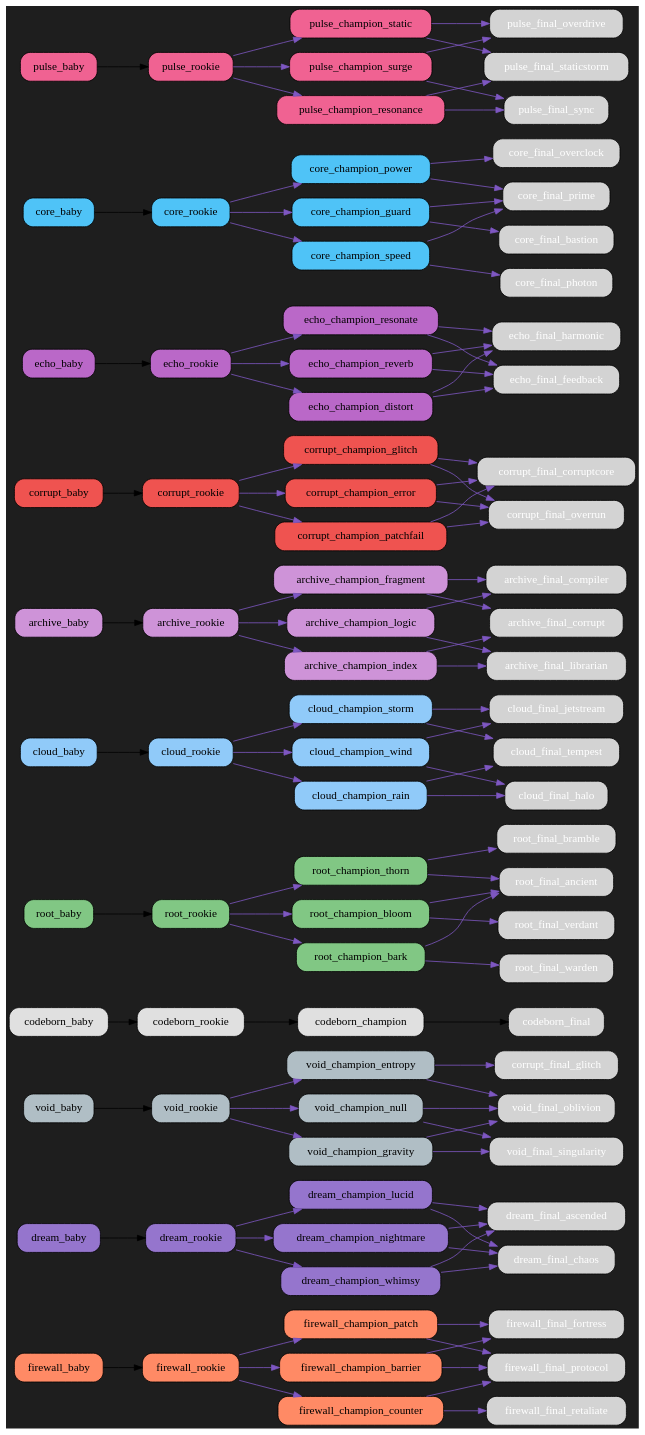
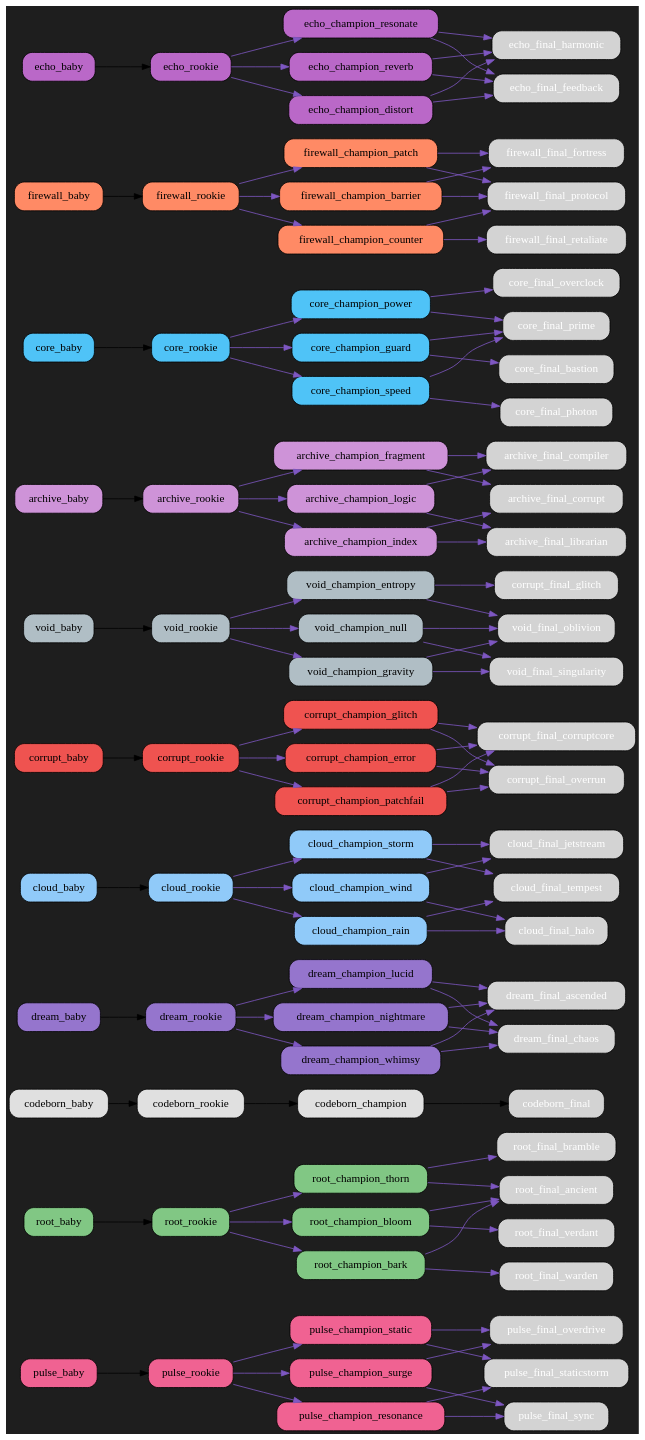
Before and after one commit to bwlight/NetGrid: the diagram in src/netgrid/systems/evolution/graphs/dark/evolution_graph_dark.dot, drawn with Graphviz. The commit also changed other lines of this file and 9 other files, not shown here.

Commit message:
Auto-update evolution graphs

```diff
--- a/src/netgrid/systems/evolution/graphs/dark/evolution_graph_dark.dot
+++ b/src/netgrid/systems/evolution/graphs/dark/evolution_graph_dark.dot
@@ -2,6 +2,132 @@
   rankdir=LR;
   bgcolor="#1e1e1e";
   node [shape=box, style="rounded,filled", fontcolor="white"];
+  "pulse_baby" [fillcolor="#f06292", fontcolor="black"];
+  "pulse_baby" -> "pulse_rookie";
+  "pulse_rookie" [fillcolor="#f06292", fontcolor="black"];
+  "pulse_rookie" -> "pulse_champion_surge" [color="#7e57c2"];
+  "pulse_rookie" -> "pulse_champion_resonance" [color="#7e57c2"];
+  "pulse_rookie" -> "pulse_champion_static" [color="#7e57c2"];
+  "pulse_champion_surge" [fillcolor="#f06292", fontcolor="black"];
+  "pulse_champion_surge" -> "pulse_final_overdrive" [color="#7e57c2"];
+  "pulse_champion_surge" -> "pulse_final_sync" [color="#7e57c2"];
+  "pulse_champion_resonance" [fillcolor="#f06292", fontcolor="black"];
+  "pulse_champion_resonance" -> "pulse_final_sync" [color="#7e57c2"];
+  "pulse_champion_resonance" -> "pulse_final_staticstorm" [color="#7e57c2"];
+  "pulse_champion_static" [fillcolor="#f06292", fontcolor="black"];
+  "pulse_champion_static" -> "pulse_final_staticstorm" [color="#7e57c2"];
+  "pulse_champion_static" -> "pulse_final_overdrive" [color="#7e57c2"];
+  "root_baby" [fillcolor="#81c784", fontcolor="black"];
+  "root_baby" -> "root_rookie";
+  "root_rookie" [fillcolor="#81c784", fontcolor="black"];
+  "root_rookie" -> "root_champion_thorn" [color="#7e57c2"];
+  "root_rookie" -> "root_champion_bloom" [color="#7e57c2"];
+  "root_rookie" -> "root_champion_bark" [color="#7e57c2"];
+  "root_champion_thorn" [fillcolor="#81c784", fontcolor="black"];
+  "root_champion_thorn" -> "root_final_bramble" [color="#7e57c2"];
+  "root_champion_thorn" -> "root_final_ancient" [color="#7e57c2"];
+  "root_champion_bloom" [fillcolor="#81c784", fontcolor="black"];
+  "root_champion_bloom" -> "root_final_ancient" [color="#7e57c2"];
+  "root_champion_bloom" -> "root_final_verdant" [color="#7e57c2"];
+  "root_champion_bark" [fillcolor="#81c784", fontcolor="black"];
+  "root_champion_bark" -> "root_final_warden" [color="#7e57c2"];
+  "root_champion_bark" -> "root_final_ancient" [color="#7e57c2"];
+  "codeborn_baby" [fillcolor="#e0e0e0", fontcolor="black"];
+  "codeborn_baby" -> "codeborn_rookie";
+  "codeborn_rookie" [fillcolor="#e0e0e0", fontcolor="black"];
+  "codeborn_rookie" -> "codeborn_champion";
+  "codeborn_champion" [fillcolor="#e0e0e0", fontcolor="black"];
+  "codeborn_champion" -> "codeborn_final";
+  "dream_baby" [fillcolor="#9575cd", fontcolor="black"];
+  "dream_baby" -> "dream_rookie";
+  "dream_rookie" [fillcolor="#9575cd", fontcolor="black"];
+  "dream_rookie" -> "dream_champion_lucid" [color="#7e57c2"];
+  "dream_rookie" -> "dream_champion_nightmare" [color="#7e57c2"];
+  "dream_rookie" -> "dream_champion_whimsy" [color="#7e57c2"];
+  "dream_champion_lucid" [fillcolor="#9575cd", fontcolor="black"];
+  "dream_champion_lucid" -> "dream_final_ascended" [color="#7e57c2"];
+  "dream_champion_lucid" -> "dream_final_chaos" [color="#7e57c2"];
+  "dream_champion_nightmare" [fillcolor="#9575cd", fontcolor="black"];
+  "dream_champion_nightmare" -> "dream_final_chaos" [color="#7e57c2"];
+  "dream_champion_nightmare" -> "dream_final_ascended" [color="#7e57c2"];
+  "dream_champion_whimsy" [fillcolor="#9575cd", fontcolor="black"];
+  "dream_champion_whimsy" -> "dream_final_ascended" [color="#7e57c2"];
+  "dream_champion_whimsy" -> "dream_final_chaos" [color="#7e57c2"];
+  "cloud_baby" [fillcolor="#90caf9", fontcolor="black"];
+  "cloud_baby" -> "cloud_rookie";
+  "cloud_rookie" [fillcolor="#90caf9", fontcolor="black"];
+  "cloud_rookie" -> "cloud_champion_wind" [color="#7e57c2"];
+  "cloud_rookie" -> "cloud_champion_rain" [color="#7e57c2"];
+  "cloud_rookie" -> "cloud_champion_storm" [color="#7e57c2"];
+  "cloud_champion_wind" [fillcolor="#90caf9", fontcolor="black"];
+  "cloud_champion_wind" -> "cloud_final_jetstream" [color="#7e57c2"];
+  "cloud_champion_wind" -> "cloud_final_halo" [color="#7e57c2"];
+  "cloud_champion_rain" [fillcolor="#90caf9", fontcolor="black"];
+  "cloud_champion_rain" -> "cloud_final_halo" [color="#7e57c2"];
+  "cloud_champion_rain" -> "cloud_final_tempest" [color="#7e57c2"];
+  "cloud_champion_storm" [fillcolor="#90caf9", fontcolor="black"];
+  "cloud_champion_storm" -> "cloud_final_tempest" [color="#7e57c2"];
+  "cloud_champion_storm" -> "cloud_final_jetstream" [color="#7e57c2"];
+  "corrupt_baby" [fillcolor="#ef5350", fontcolor="black"];
+  "corrupt_baby" -> "corrupt_rookie";
+  "corrupt_rookie" [fillcolor="#ef5350", fontcolor="black"];
+  "corrupt_rookie" -> "corrupt_champion_glitch" [color="#7e57c2"];
+  "corrupt_rookie" -> "corrupt_champion_error" [color="#7e57c2"];
+  "corrupt_rookie" -> "corrupt_champion_patchfail" [color="#7e57c2"];
+  "corrupt_champion_glitch" [fillcolor="#ef5350", fontcolor="black"];
+  "corrupt_champion_glitch" -> "corrupt_final_corruptcore" [color="#7e57c2"];
+  "corrupt_champion_glitch" -> "corrupt_final_overrun" [color="#7e57c2"];
+  "corrupt_champion_error" [fillcolor="#ef5350", fontcolor="black"];
+  "corrupt_champion_error" -> "corrupt_final_overrun" [color="#7e57c2"];
+  "corrupt_champion_error" -> "corrupt_final_corruptcore" [color="#7e57c2"];
+  "corrupt_champion_patchfail" [fillcolor="#ef5350", fontcolor="black"];
+  "corrupt_champion_patchfail" -> "corrupt_final_corruptcore" [color="#7e57c2"];
+  "corrupt_champion_patchfail" -> "corrupt_final_overrun" [color="#7e57c2"];
+  "void_baby" [fillcolor="#b0bec5", fontcolor="black"];
+  "void_baby" -> "void_rookie";
+  "void_rookie" [fillcolor="#b0bec5", fontcolor="black"];
+  "void_rookie" -> "void_champion_entropy" [color="#7e57c2"];
+  "void_rookie" -> "void_champion_gravity" [color="#7e57c2"];
+  "void_rookie" -> "void_champion_null" [color="#7e57c2"];
+  "void_champion_entropy" [fillcolor="#b0bec5", fontcolor="black"];
+  "void_champion_entropy" -> "corrupt_final_glitch" [color="#7e57c2"];
+  "void_champion_entropy" -> "void_final_oblivion" [color="#7e57c2"];
+  "void_champion_gravity" [fillcolor="#b0bec5", fontcolor="black"];
+  "void_champion_gravity" -> "void_final_singularity" [color="#7e57c2"];
+  "void_champion_gravity" -> "void_final_oblivion" [color="#7e57c2"];
+  "void_champion_null" [fillcolor="#b0bec5", fontcolor="black"];
+  "void_champion_null" -> "void_final_oblivion" [color="#7e57c2"];
+  "void_champion_null" -> "void_final_singularity" [color="#7e57c2"];
+  "archive_baby" [fillcolor="#ce93d8", fontcolor="black"];
+  "archive_baby" -> "archive_rookie";
+  "archive_rookie" [fillcolor="#ce93d8", fontcolor="black"];
+  "archive_rookie" -> "archive_champion_logic" [color="#7e57c2"];
+  "archive_rookie" -> "archive_champion_index" [color="#7e57c2"];
+  "archive_rookie" -> "archive_champion_fragment" [color="#7e57c2"];
+  "archive_champion_logic" [fillcolor="#ce93d8", fontcolor="black"];
+  "archive_champion_logic" -> "archive_final_compiler" [color="#7e57c2"];
+  "archive_champion_logic" -> "archive_final_librarian" [color="#7e57c2"];
+  "archive_champion_index" [fillcolor="#ce93d8", fontcolor="black"];
+  "archive_champion_index" -> "archive_final_librarian" [color="#7e57c2"];
+  "archive_champion_index" -> "archive_final_corrupt" [color="#7e57c2"];
+  "archive_champion_fragment" [fillcolor="#ce93d8", fontcolor="black"];
+  "archive_champion_fragment" -> "archive_final_corrupt" [color="#7e57c2"];
+  "archive_champion_fragment" -> "archive_final_compiler" [color="#7e57c2"];
+  "core_baby" [fillcolor="#4fc3f7", fontcolor="black"];
+  "core_baby" -> "core_rookie";
+  "core_rookie" [fillcolor="#4fc3f7", fontcolor="black"];
+  "core_rookie" -> "core_champion_power" [color="#7e57c2"];
+  "core_rookie" -> "core_champion_guard" [color="#7e57c2"];
+  "core_rookie" -> "core_champion_speed" [color="#7e57c2"];
+  "core_champion_power" [fillcolor="#4fc3f7", fontcolor="black"];
+  "core_champion_power" -> "core_final_overclock" [color="#7e57c2"];
+  "core_champion_power" -> "core_final_prime" [color="#7e57c2"];
+  "core_champion_guard" [fillcolor="#4fc3f7", fontcolor="black"];
+  "core_champion_guard" -> "core_final_bastion" [color="#7e57c2"];
+  "core_champion_guard" -> "core_final_prime" [color="#7e57c2"];
+  "core_champion_speed" [fillcolor="#4fc3f7", fontcolor="black"];
+  "core_champion_speed" -> "core_final_photon" [color="#7e57c2"];
+  "core_champion_speed" -> "core_final_prime" [color="#7e57c2"];
   "firewall_baby" [fillcolor="#ff8a65", fontcolor="black"];
   "firewall_baby" -> "firewall_rookie";
   "firewall_rookie" [fillcolor="#ff8a65", fontcolor="black"];
@@ -17,102 +143,6 @@
   "firewall_champion_patch" [fillcolor="#ff8a65", fontcolor="black"];
   "firewall_champion_patch" -> "firewall_final_protocol" [color="#7e57c2"];
   "firewall_champion_patch" -> "firewall_final_fortress" [color="#7e57c2"];
-  "dream_baby" [fillcolor="#9575cd", fontcolor="black"];
-  "dream_baby" -> "dream_rookie";
-  "dream_rookie" [fillcolor="#9575cd", fontcolor="black"];
-  "dream_rookie" -> "dream_champion_lucid" [color="#7e57c2"];
-  "dream_rookie" -> "dream_champion_nightmare" [color="#7e57c2"];
-  "dream_rookie" -> "dream_champion_whimsy" [color="#7e57c2"];
-  "dream_champion_lucid" [fillcolor="#9575cd", fontcolor="black"];
-  "dream_champion_lucid" -> "dream_final_ascended" [color="#7e57c2"];
-  "dream_champion_lucid" -> "dream_final_chaos" [color="#7e57c2"];
-  "dream_champion_nightmare" [fillcolor="#9575cd", fontcolor="black"];
-  "dream_champion_nightmare" -> "dream_final_chaos" [color="#7e57c2"];
-  "dream_champion_nightmare" -> "dream_final_ascended" [color="#7e57c2"];
-  "dream_champion_whimsy" [fillcolor="#9575cd", fontcolor="black"];
-  "dream_champion_whimsy" -> "dream_final_ascended" [color="#7e57c2"];
-  "dream_champion_whimsy" -> "dream_final_chaos" [color="#7e57c2"];
-  "void_baby" [fillcolor="#b0bec5", fontcolor="black"];
-  "void_baby" -> "void_rookie";
-  "void_rookie" [fillcolor="#b0bec5", fontcolor="black"];
-  "void_rookie" -> "void_champion_entropy" [color="#7e57c2"];
-  "void_rookie" -> "void_champion_gravity" [color="#7e57c2"];
-  "void_rookie" -> "void_champion_null" [color="#7e57c2"];
-  "void_champion_entropy" [fillcolor="#b0bec5", fontcolor="black"];
-  "void_champion_entropy" -> "corrupt_final_glitch" [color="#7e57c2"];
-  "void_champion_entropy" -> "void_final_oblivion" [color="#7e57c2"];
-  "void_champion_gravity" [fillcolor="#b0bec5", fontcolor="black"];
-  "void_champion_gravity" -> "void_final_singularity" [color="#7e57c2"];
-  "void_champion_gravity" -> "void_final_oblivion" [color="#7e57c2"];
-  "void_champion_null" [fillcolor="#b0bec5", fontcolor="black"];
-  "void_champion_null" -> "void_final_oblivion" [color="#7e57c2"];
-  "void_champion_null" -> "void_final_singularity" [color="#7e57c2"];
-  "codeborn_baby" [fillcolor="#e0e0e0", fontcolor="black"];
-  "codeborn_baby" -> "codeborn_rookie";
-  "codeborn_rookie" [fillcolor="#e0e0e0", fontcolor="black"];
-  "codeborn_rookie" -> "codeborn_champion";
-  "codeborn_champion" [fillcolor="#e0e0e0", fontcolor="black"];
-  "codeborn_champion" -> "codeborn_final";
-  "root_baby" [fillcolor="#81c784", fontcolor="black"];
-  "root_baby" -> "root_rookie";
-  "root_rookie" [fillcolor="#81c784", fontcolor="black"];
-  "root_rookie" -> "root_champion_thorn" [color="#7e57c2"];
-  "root_rookie" -> "root_champion_bloom" [color="#7e57c2"];
-  "root_rookie" -> "root_champion_bark" [color="#7e57c2"];
-  "root_champion_thorn" [fillcolor="#81c784", fontcolor="black"];
-  "root_champion_thorn" -> "root_final_bramble" [color="#7e57c2"];
-  "root_champion_thorn" -> "root_final_ancient" [color="#7e57c2"];
-  "root_champion_bloom" [fillcolor="#81c784", fontcolor="black"];
-  "root_champion_bloom" -> "root_final_ancient" [color="#7e57c2"];
-  "root_champion_bloom" -> "root_final_verdant" [color="#7e57c2"];
-  "root_champion_bark" [fillcolor="#81c784", fontcolor="black"];
-  "root_champion_bark" -> "root_final_warden" [color="#7e57c2"];
-  "root_champion_bark" -> "root_final_ancient" [color="#7e57c2"];
-  "cloud_baby" [fillcolor="#90caf9", fontcolor="black"];
-  "cloud_baby" -> "cloud_rookie";
-  "cloud_rookie" [fillcolor="#90caf9", fontcolor="black"];
-  "cloud_rookie" -> "cloud_champion_wind" [color="#7e57c2"];
-  "cloud_rookie" -> "cloud_champion_rain" [color="#7e57c2"];
-  "cloud_rookie" -> "cloud_champion_storm" [color="#7e57c2"];
-  "cloud_champion_wind" [fillcolor="#90caf9", fontcolor="black"];
-  "cloud_champion_wind" -> "cloud_final_jetstream" [color="#7e57c2"];
-  "cloud_champion_wind" -> "cloud_final_halo" [color="#7e57c2"];
-  "cloud_champion_rain" [fillcolor="#90caf9", fontcolor="black"];
-  "cloud_champion_rain" -> "cloud_final_halo" [color="#7e57c2"];
-  "cloud_champion_rain" -> "cloud_final_tempest" [color="#7e57c2"];
-  "cloud_champion_storm" [fillcolor="#90caf9", fontcolor="black"];
-  "cloud_champion_storm" -> "cloud_final_tempest" [color="#7e57c2"];
-  "cloud_champion_storm" -> "cloud_final_jetstream" [color="#7e57c2"];
-  "archive_baby" [fillcolor="#ce93d8", fontcolor="black"];
-  "archive_baby" -> "archive_rookie";
-  "archive_rookie" [fillcolor="#ce93d8", fontcolor="black"];
-  "archive_rookie" -> "archive_champion_logic" [color="#7e57c2"];
-  "archive_rookie" -> "archive_champion_index" [color="#7e57c2"];
-  "archive_rookie" -> "archive_champion_fragment" [color="#7e57c2"];
-  "archive_champion_logic" [fillcolor="#ce93d8", fontcolor="black"];
-  "archive_champion_logic" -> "archive_final_compiler" [color="#7e57c2"];
-  "archive_champion_logic" -> "archive_final_librarian" [color="#7e57c2"];
-  "archive_champion_index" [fillcolor="#ce93d8", fontcolor="black"];
-  "archive_champion_index" -> "archive_final_librarian" [color="#7e57c2"];
-  "archive_champion_index" -> "archive_final_corrupt" [color="#7e57c2"];
-  "archive_champion_fragment" [fillcolor="#ce93d8", fontcolor="black"];
-  "archive_champion_fragment" -> "archive_final_corrupt" [color="#7e57c2"];
-  "archive_champion_fragment" -> "archive_final_compiler" [color="#7e57c2"];
-  "corrupt_baby" [fillcolor="#ef5350", fontcolor="black"];
-  "corrupt_baby" -> "corrupt_rookie";
-  "corrupt_rookie" [fillcolor="#ef5350", fontcolor="black"];
-  "corrupt_rookie" -> "corrupt_champion_glitch" [color="#7e57c2"];
-  "corrupt_rookie" -> "corrupt_champion_error" [color="#7e57c2"];
-  "corrupt_rookie" -> "corrupt_champion_patchfail" [color="#7e57c2"];
-  "corrupt_champion_glitch" [fillcolor="#ef5350", fontcolor="black"];
-  "corrupt_champion_glitch" -> "corrupt_final_corruptcore" [color="#7e57c2"];
-  "corrupt_champion_glitch" -> "corrupt_final_overrun" [color="#7e57c2"];
-  "corrupt_champion_error" [fillcolor="#ef5350", fontcolor="black"];
-  "corrupt_champion_error" -> "corrupt_final_overrun" [color="#7e57c2"];
-  "corrupt_champion_error" -> "corrupt_final_corruptcore" [color="#7e57c2"];
-  "corrupt_champion_patchfail" [fillcolor="#ef5350", fontcolor="black"];
-  "corrupt_champion_patchfail" -> "corrupt_final_corruptcore" [color="#7e57c2"];
-  "corrupt_champion_patchfail" -> "corrupt_final_overrun" [color="#7e57c2"];
   "echo_baby" [fillcolor="#ba68c8", fontcolor="black"];
   "echo_baby" -> "echo_rookie";
   "echo_rookie" [fillcolor="#ba68c8", fontcolor="black"];
@@ -128,34 +158,4 @@
   "echo_champion_distort" [fillcolor="#ba68c8", fontcolor="black"];
   "echo_champion_distort" -> "echo_final_feedback" [color="#7e57c2"];
   "echo_champion_distort" -> "echo_final_harmonic" [color="#7e57c2"];
-  "core_baby" [fillcolor="#4fc3f7", fontcolor="black"];
-  "core_baby" -> "core_rookie";
-  "core_rookie" [fillcolor="#4fc3f7", fontcolor="black"];
-  "core_rookie" -> "core_champion_power" [color="#7e57c2"];
-  "core_rookie" -> "core_champion_guard" [color="#7e57c2"];
-  "core_rookie" -> "core_champion_speed" [color="#7e57c2"];
-  "core_champion_power" [fillcolor="#4fc3f7", fontcolor="black"];
-  "core_champion_power" -> "core_final_overclock" [color="#7e57c2"];
-  "core_champion_power" -> "core_final_prime" [color="#7e57c2"];
-  "core_champion_guard" [fillcolor="#4fc3f7", fontcolor="black"];
-  "core_champion_guard" -> "core_final_bastion" [color="#7e57c2"];
-  "core_champion_guard" -> "core_final_prime" [color="#7e57c2"];
-  "core_champion_speed" [fillcolor="#4fc3f7", fontcolor="black"];
-  "core_champion_speed" -> "core_final_photon" [color="#7e57c2"];
-  "core_champion_speed" -> "core_final_prime" [color="#7e57c2"];
-  "pulse_baby" [fillcolor="#f06292", fontcolor="black"];
-  "pulse_baby" -> "pulse_rookie";
-  "pulse_rookie" [fillcolor="#f06292", fontcolor="black"];
-  "pulse_rookie" -> "pulse_champion_surge" [color="#7e57c2"];
-  "pulse_rookie" -> "pulse_champion_resonance" [color="#7e57c2"];
-  "pulse_rookie" -> "pulse_champion_static" [color="#7e57c2"];
-  "pulse_champion_surge" [fillcolor="#f06292", fontcolor="black"];
-  "pulse_champion_surge" -> "pulse_final_overdrive" [color="#7e57c2"];
-  "pulse_champion_surge" -> "pulse_final_sync" [color="#7e57c2"];
-  "pulse_champion_resonance" [fillcolor="#f06292", fontcolor="black"];
-  "pulse_champion_resonance" -> "pulse_final_sync" [color="#7e57c2"];
-  "pulse_champion_resonance" -> "pulse_final_staticstorm" [color="#7e57c2"];
-  "pulse_champion_static" [fillcolor="#f06292", fontcolor="black"];
-  "pulse_champion_static" -> "pulse_final_staticstorm" [color="#7e57c2"];
-  "pulse_champion_static" -> "pulse_final_overdrive" [color="#7e57c2"];
 }
```
